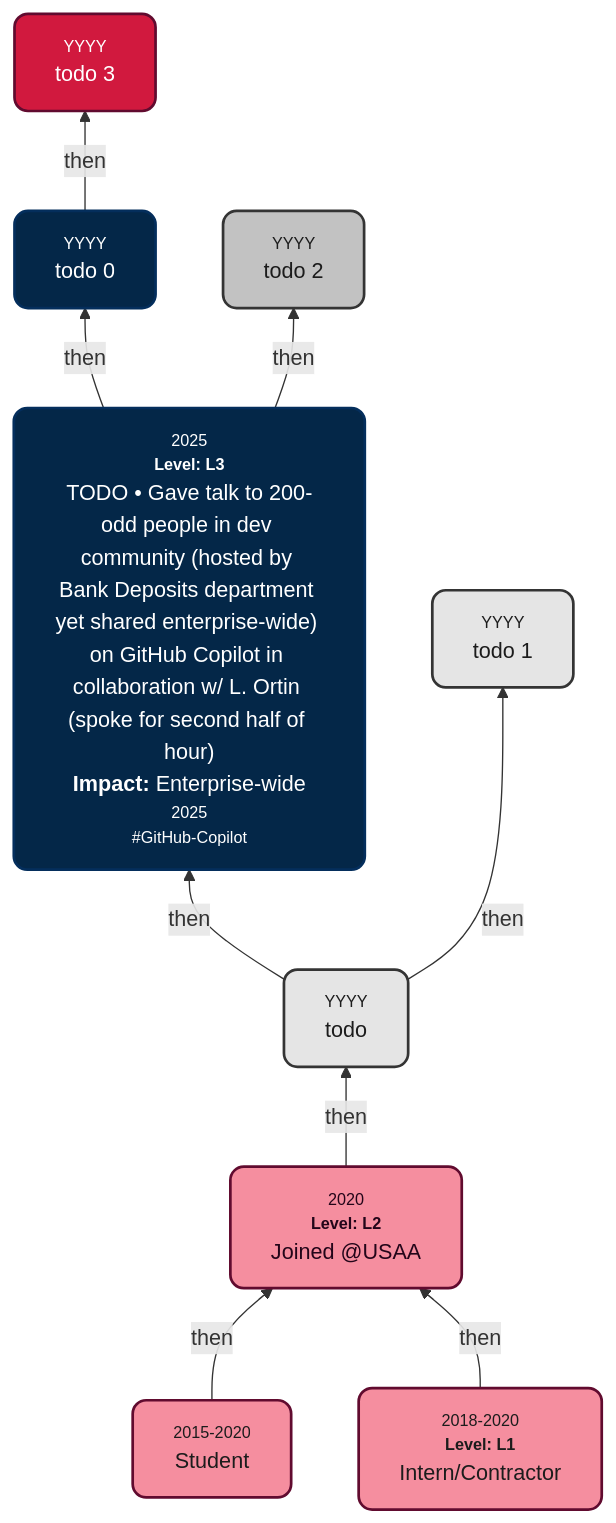
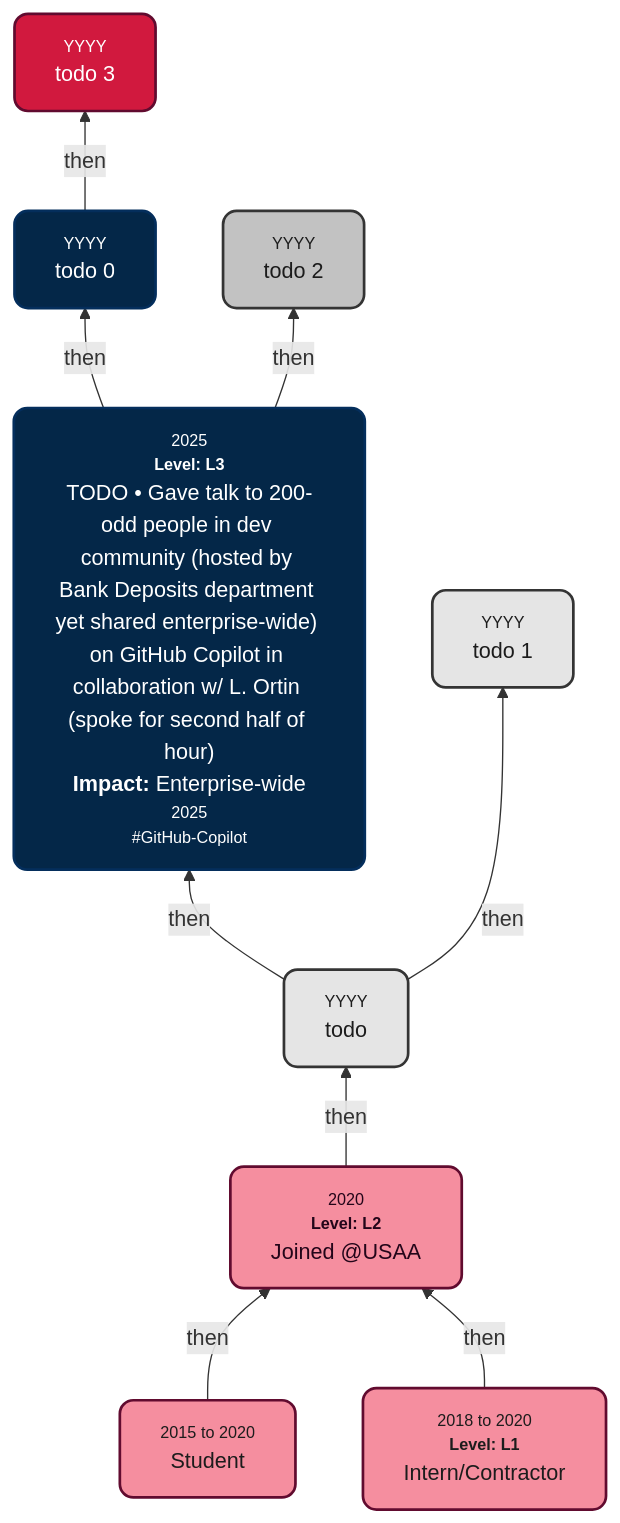
The diagram in README.md (s-sepanski/portfolio), drawn with Mermaid before and after one commit. The commit also changed other lines of this file, not shown here.

Commit message:
task: date standards

````diff
--- a/README.md
+++ b/README.md
@@ -31,22 +33,22 @@
 ```mermaid
 graph BT
-    PreStudentNode["<div style='font-size:75%;  color:#848484; text-align:center;'>2015-2020</div>Student"] -->|then| A["<div style='font-size:75%; color:#848484; text-align:center;'>2020</div><div style='font-size:75%; color:#848484; text-align:center;'><b>Level: L2</b><br/></div>Joined @USAA<br>"]
-    ContractorNode["<div style='font-size:75%; color:#848484; text-align:center;'>2018-2020</div><div style='font-size:75%; color:#848484; text-align:center;'><b>Level: L1</b></div>Intern/Contractor"] -->|then| A
+    PreStudentNode["<div style='font-size:75%;  color:#848484; text-align:center;'>2015 to 2020</div>Student"] -->|then| A["<div style='font-size:75%; color:#848484; text-align:center;'>2020</div><div style='font-size:75%; color:#848484; text-align:center;'><b>Level: L2</b><br/></div>Joined @USAA<br>"]
+    ContractorNode["<div style='font-size:75%; color:#848484; text-align:center;'>2018 to 2020</div><div style='font-size:75%; color:#848484; text-align:center;'><b>Level: L1</b></div>Intern/Contractor"] -->|then| A
     A -->|then| B["<div style='font-size:75%; color:#848484; text-align:center;'>YYYY</div>todo"]
     B -->|then| C["<div style='font-size:75%; color:#848484; text-align:center;'>2025</div><div style='font-size:75%; color:#848484; text-align:center;'><b>Level: L3</b><br/></div><SWE 1 2025<br>TODO • Gave talk to 200-odd people in dev community (hosted by Bank Deposits department yet shared enterprise-wide) on GitHub Copilot in collaboration w/ L. Ortin (spoke for second half of hour)<br/><b>Impact: </b>Enterprise-wide<div style='font-size:75%; color:#848484; text-align:center;'>2025</div><div style='font-size:75%; color:#848484; text-align:center;'>#GitHub-Copilot<br/></div>"]
     C -->|then| D["<div style='font-size:75%; color:#848484; text-align:center;'>YYYY</div>todo 0"]
     B -->|then| E["<div style='font-size:75%; color:#848484; text-align:center;'>YYYY</div>todo 1"]
     C -->|then| F["<div style='font-size:75%; color:#848484; text-align:center;'>YYYY</div>todo 2"]
     D -->|then| G["<div style='font-size:75%; color:#848484; text-align:center;'>YYYY</div>todo 3"]
     style PreStudentNode fill:#f58e9f,stroke:#610b2f,stroke-width:2px,color:#1c1c1c
     style ContractorNode fill:#f58e9f,stroke:#610b2f,stroke-width:2px,color:#1c1c1c
     style A fill:#f58e9f,stroke:#610b2f,stroke-width:2px,color:#230519
     style B fill:#e5e5e5,stroke:#343434,stroke-width:2px,color:#1c1c1c
     style C fill:#042748,stroke:#042e5c,stroke-width:2px,color:#FFFFFF
     style D fill:#042748,stroke:#042e5c,stroke-width:2px,color:#FFFFFF
     style E fill:#e5e5e5,stroke:#343434,stroke-width:2px,color:#1c1c1c
     style F fill:#c2c2c2,stroke:#343434,stroke-width:2px,color:#1c1c1c
     style G fill:#d1193e,stroke:#610b2f,stroke-width:2px,color:#FFFFFF
     classDef rounded stroke-width:2px,rx:10,ry:10;
     class PreStudentNode,ContractorNode,A,B,C,D,E,F,G rounded;
 ```
````
